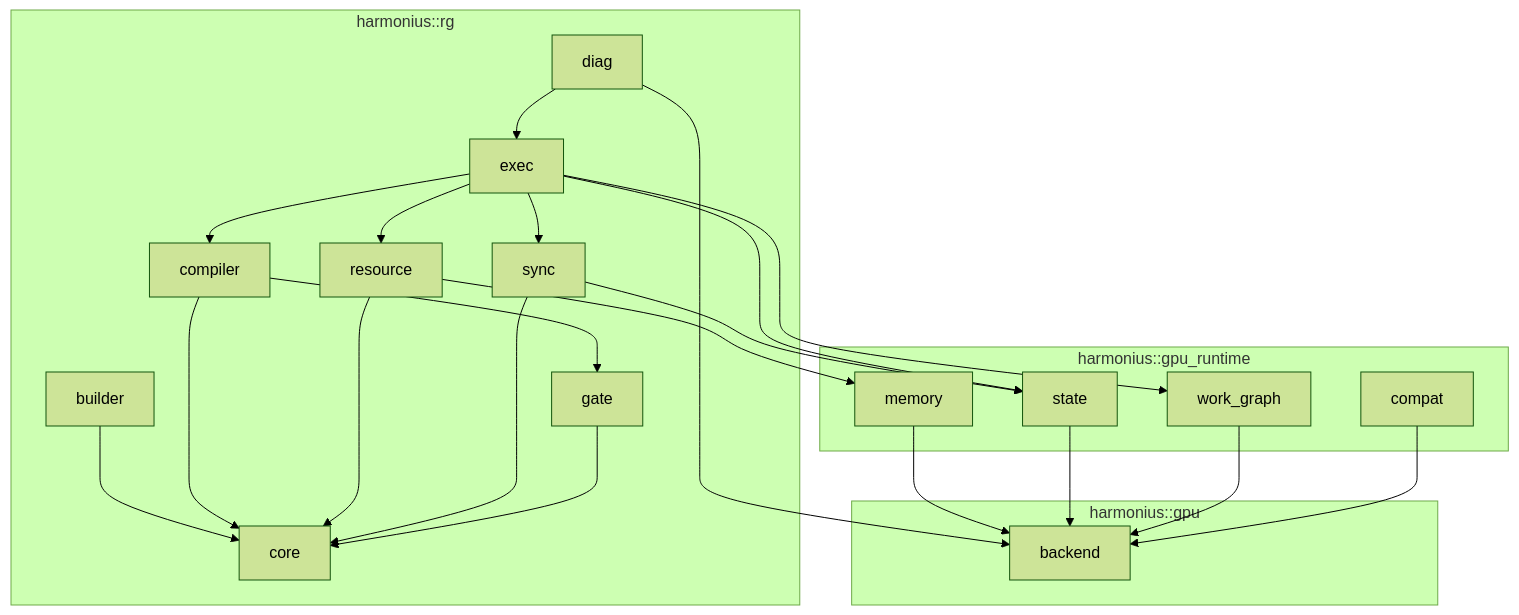
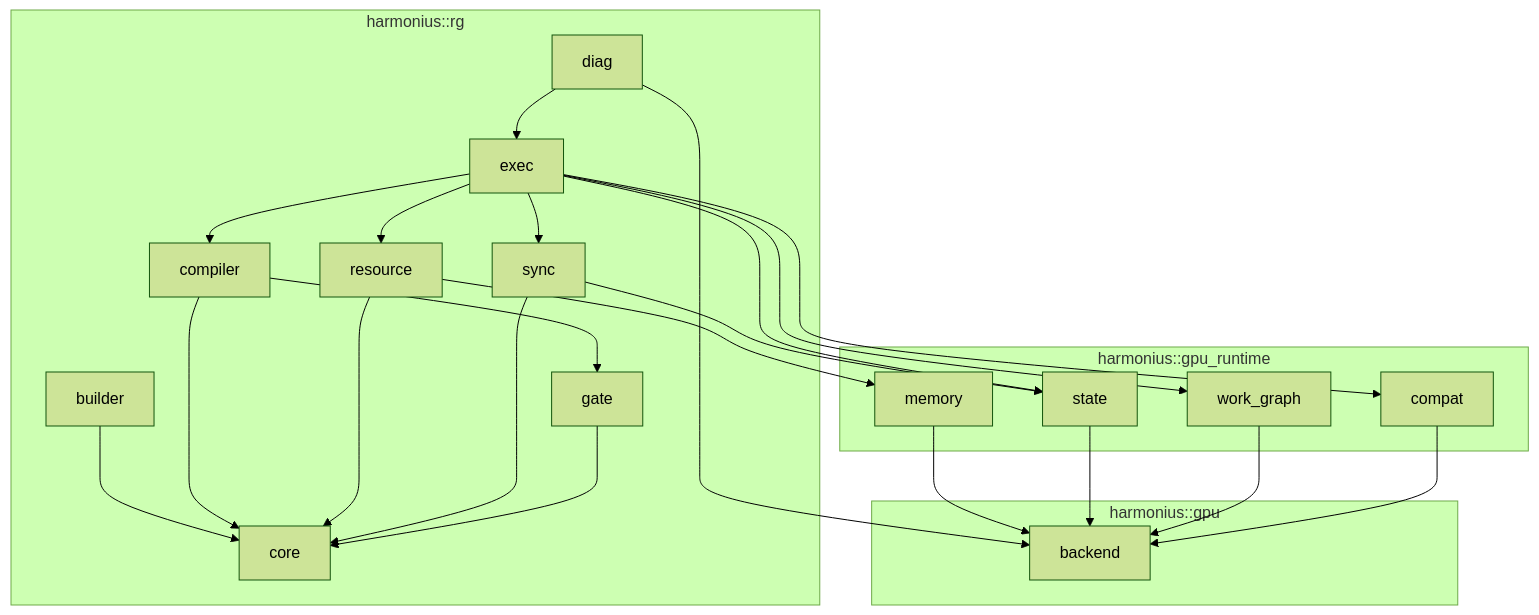
One commit to harmonius-dev/harmonius changed the sixth of 6 diagrams in docs/design/gpu-runtime.md. Above: the diagram before and after it, drawn with Mermaid (forest theme). The commit also changed other lines of this file and 4 other files, not shown here.

First line of the commit message:
Add work graph and RT pipeline emulation requirements and design

````diff
--- a/docs/design/gpu-runtime.md
+++ b/docs/design/gpu-runtime.md
@@ -834,45 +1100,46 @@
 ```mermaid
 graph TD
     subgraph rg["harmonius::rg"]
         core["core"]
         builder["builder"]
         compiler["compiler"]
         resource["resource"]
         sync["sync"]
         gate["gate"]
         exec["exec"]
         diag["diag"]
     end
 
     subgraph gprt["harmonius::gpu_runtime"]
         mem["memory"]
         st["state"]
         wg["work_graph"]
         compat["compat"]
     end
 
     subgraph gpu["harmonius::gpu"]
         backend["backend"]
     end
 
     builder --> core
     compiler --> core
     compiler --> gate
     resource --> core
     resource --> mem
     sync --> core
     sync --> st
     gate --> core
     exec --> compiler
     exec --> resource
     exec --> sync
     exec --> wg
     exec --> st
+    exec --> compat
     diag --> exec
     diag --> backend
 
     mem --> backend
     st --> backend
     wg --> backend
     compat --> backend
 ```
````
